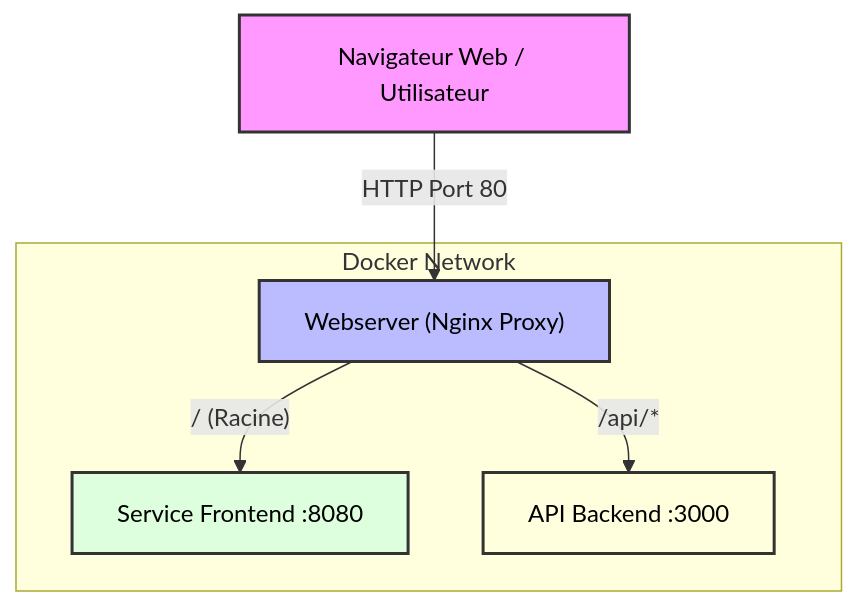
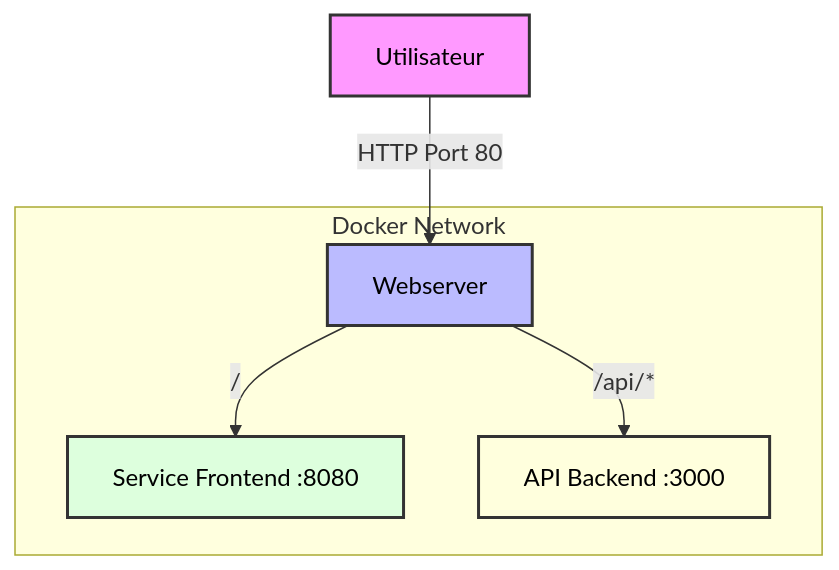
One commit to Brigen31/TP-DockerCloud changed the diagram in README.md. Above: the diagram before and after it, drawn with Mermaid. The commit also changed other lines of this file, not shown here.

````diff
--- a/README.md
+++ b/README.md
@@ -73,14 +74,14 @@
 ```mermaid
 graph TD;
-    User["Navigateur Web / Utilisateur"] -- "HTTP Port 80" --> Proxy["Webserver (Nginx Proxy)"];
+    User["Utilisateur"] -- "HTTP Port 80" --> Proxy["Webserver"];
     
     subgraph Docker Network
-        Proxy -- "/ (Racine)" --> Frontend["Service Frontend :8080"];
+        Proxy -- "/" --> Frontend["Service Frontend :8080"];
         Proxy -- "/api/*" --> Backend["API Backend :3000"];
     end
     
     style User fill:#f9f,stroke:#333,stroke-width:2px,color:black
     style Proxy fill:#bbf,stroke:#333,stroke-width:2px,color:black
     style Frontend fill:#dfd,stroke:#333,stroke-width:2px,color:black
     style Backend fill:#ffd,stroke:#333,stroke-width:2px,color:black
 ```
````
